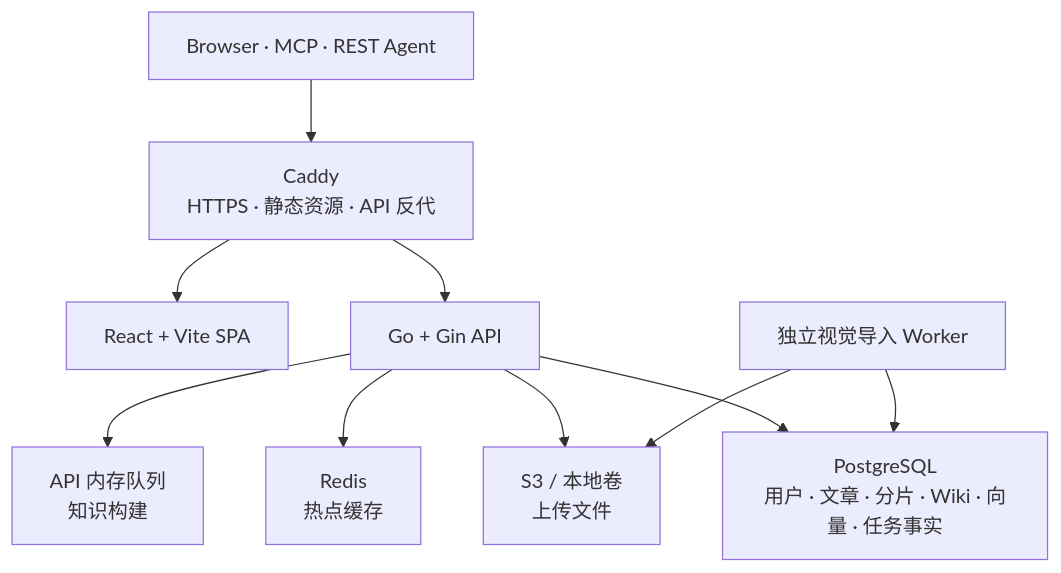
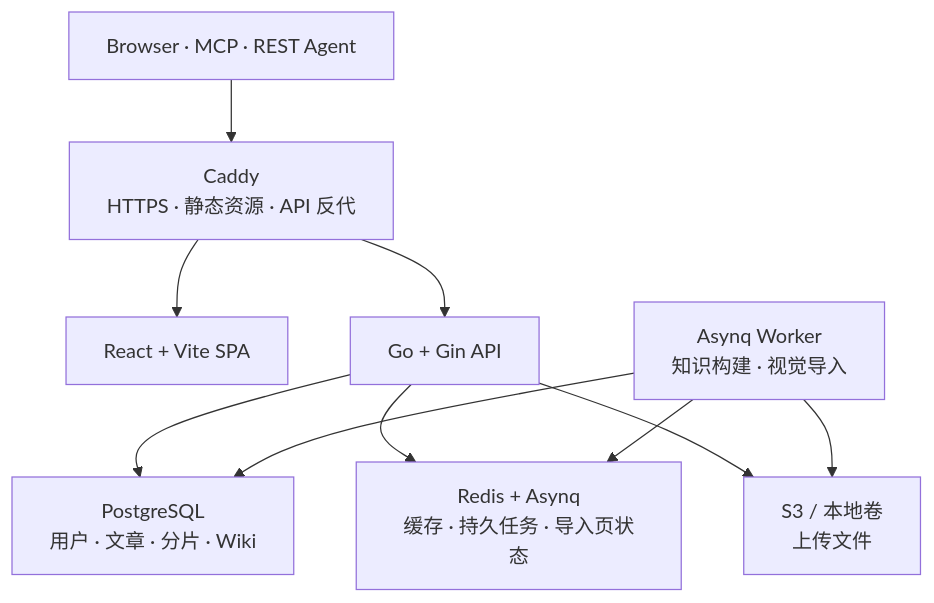
Before and after one commit to Ciao1019/Petrichor: the first of 2 diagrams in docs/README.md, drawn with Mermaid. The commit also changed other lines of this file and 58 other files, not shown here.

````diff
--- a/docs/README.md
+++ b/docs/README.md
@@ -41,13 +41,13 @@
 ```mermaid
 flowchart TB
   clients["Browser · MCP · REST Agent"] --> caddy["Caddy<br/>HTTPS · 静态资源 · API 反代"]
   caddy --> web["React + Vite SPA"]
   caddy --> api["Go + Gin API"]
 
-  api --> postgres["PostgreSQL<br/>用户 · 文章 · 分片 · Wiki · 向量 · 任务事实"]
-  api --> redis["Redis<br/>热点缓存"]
+  api --> postgres["PostgreSQL<br/>用户 · 文章 · 分片 · Wiki"]
+  api --> redis["Redis + Asynq<br/>缓存 · 持久任务 · 导入页状态"]
   api --> storage["S3 / 本地卷<br/>上传文件"]
-  api --> queue["API 内存队列<br/>知识构建"]
-  worker["独立视觉导入 Worker"] --> postgres
+  worker["Asynq Worker<br/>知识构建 · 视觉导入"] --> redis
+  worker --> postgres
   worker --> storage
 ```
````
